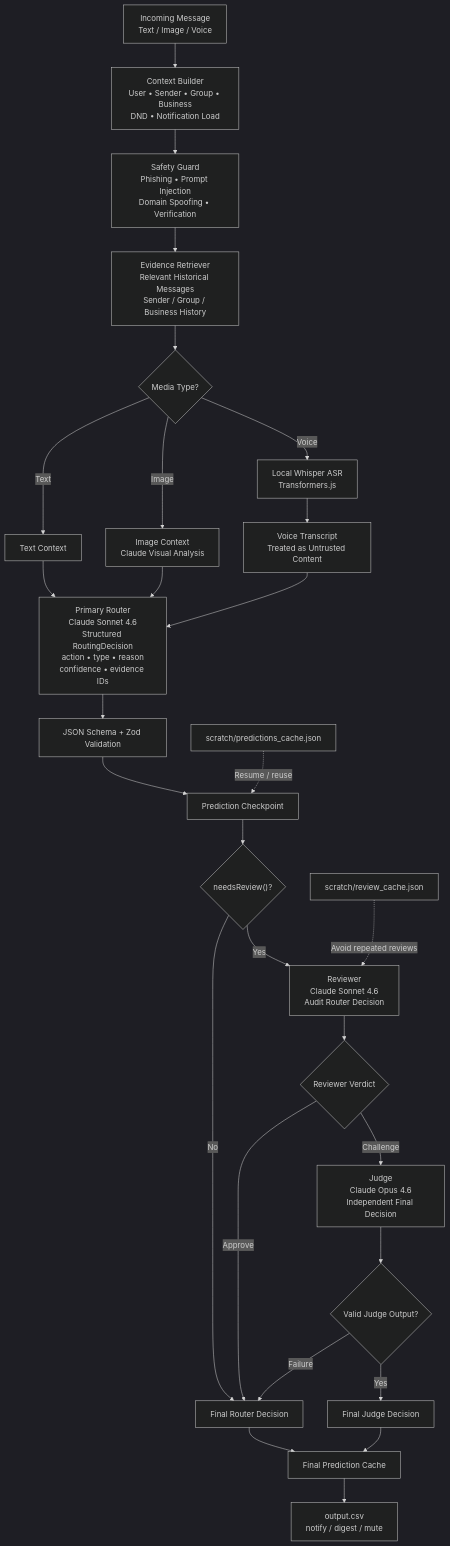
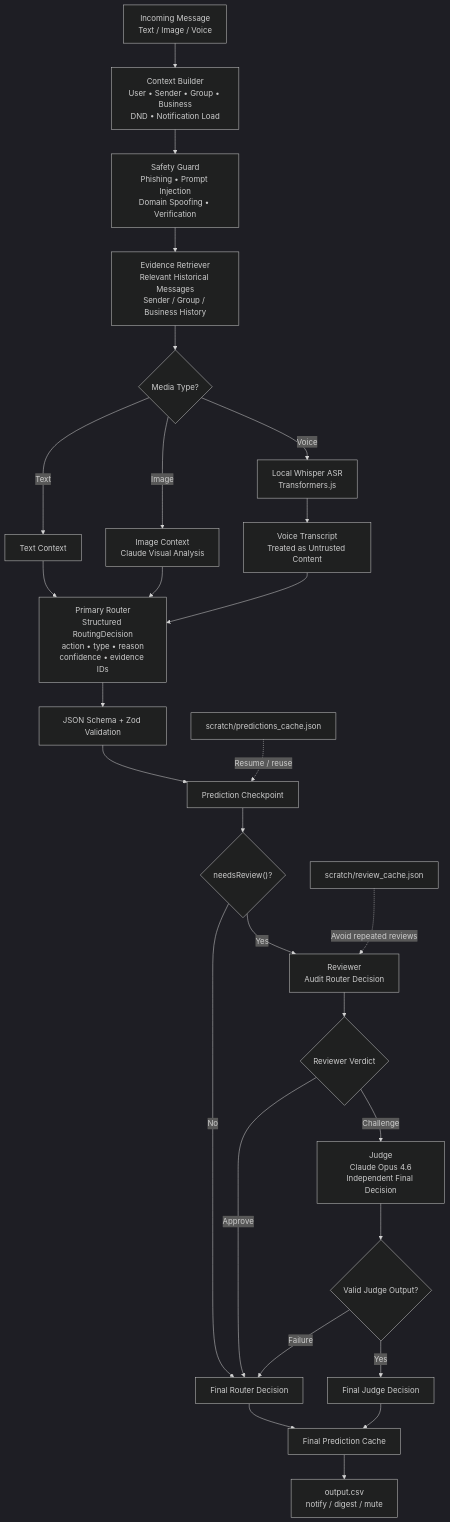
Before and after one commit to Aadhi5699/message-notification-router: the diagram in README.md, drawn with Mermaid (dark theme).

Commit message:
README Updated

````diff
--- a/README.md
+++ b/README.md
@@ -6,37 +6,37 @@
 ```mermaid
 flowchart TD
     A["Incoming Message<br/>Text / Image / Voice"] --> B["Context Builder<br/>User • Sender • Group • Business<br/>DND • Notification Load"]
     B --> C["Safety Guard<br/>Phishing • Prompt Injection<br/>Domain Spoofing • Verification"]
     C --> D["Evidence Retriever<br/>Relevant Historical Messages<br/>Sender / Group / Business History"]
 
     D --> E{"Media Type?"}
     E -->|Text| F["Text Context"]
     E -->|Image| G["Image Context<br/>Claude Visual Analysis"]
     E -->|Voice| H["Local Whisper ASR<br/>Transformers.js"]
 
     H --> I["Voice Transcript<br/>Treated as Untrusted Content"]
     F --> J
     G --> J
     I --> J
 
-    J["Primary Router<br/>Claude Sonnet 4.6<br/>Structured RoutingDecision<br/>action • type • reason<br/>confidence • evidence IDs"] --> K["JSON Schema + Zod Validation"]
+    J["Primary Router<br/>Structured RoutingDecision<br/>action • type • reason<br/>confidence • evidence IDs"] --> K["JSON Schema + Zod Validation"]
     K --> L["Prediction Checkpoint"]
     L --> M{"needsReview()?"}
 
     M -->|"No"| N["Final Router Decision"]
-    M -->|"Yes"| O["Reviewer<br/>Claude Sonnet 4.6<br/>Audit Router Decision"]
+    M -->|"Yes"| O["Reviewer<br/>Audit Router Decision"]
     O --> P{"Reviewer Verdict"}
 
     P -->|"Approve"| N
     P -->|"Challenge"| Q["Judge<br/>Claude Opus 4.6<br/>Independent Final Decision"]
     Q --> R{"Valid Judge Output?"}
     R -->|"Yes"| S["Final Judge Decision"]
     R -->|"Failure"| N
 
     N --> T["Final Prediction Cache"]
     S --> T
     T --> U["output.csv<br/>notify / digest / mute"]
 
     V["scratch/predictions_cache.json"] -. "Resume / reuse" .-> L
     W["scratch/review_cache.json"] -. "Avoid repeated reviews" .-> O
 ```
````
